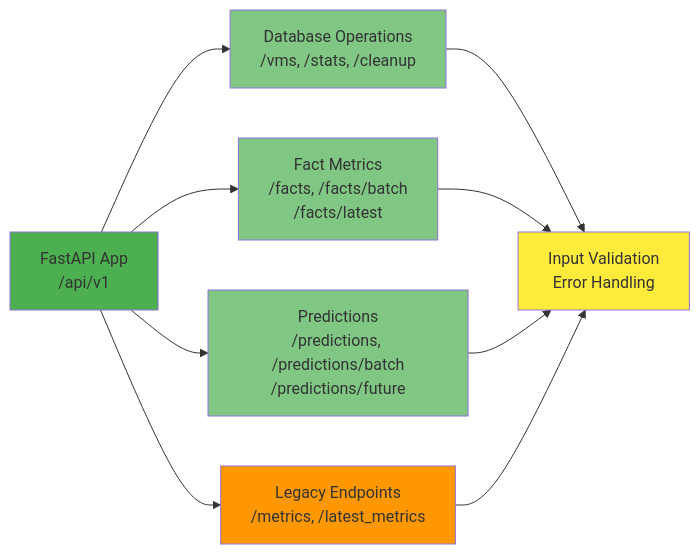
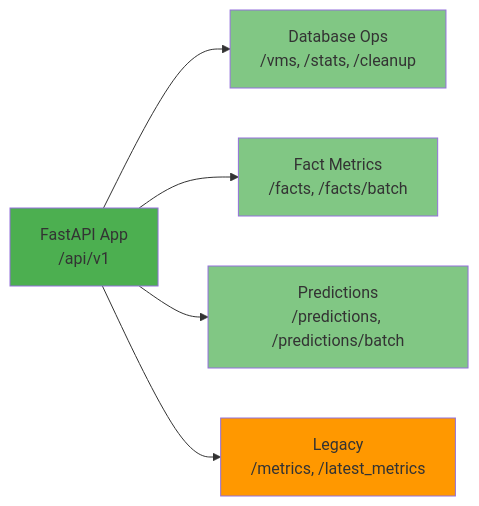
One commit to sweetd0vee/servers-dashboard changed diagram 13 of 13 in docs/ARCHITECTURE.md. Above: the diagram before and after it, drawn with Mermaid. The commit also changed other lines of this file and 1 other file, not shown here.

````diff
--- a/docs/ARCHITECTURE.md
+++ b/docs/ARCHITECTURE.md
@@ -803,19 +850,13 @@
 ```mermaid
 graph LR
-    API[FastAPI App<br/>/api/v1] --> Database[Database Operations<br/>/vms, /stats, /cleanup]
-    API --> Facts[Fact Metrics<br/>/facts, /facts/batch<br/>/facts/latest]
-    API --> Predictions[Predictions<br/>/predictions, /predictions/batch<br/>/predictions/future]
-    API --> Legacy[Legacy Endpoints<br/>/metrics, /latest_metrics]
-    
-    Database --> Validation[Input Validation<br/>Error Handling]
-    Facts --> Validation
-    Predictions --> Validation
-    Legacy --> Validation
+    API[FastAPI App<br/>/api/v1] --> DB_Ops[Database Ops<br/>/vms, /stats, /cleanup]
+    API --> Facts[Fact Metrics<br/>/facts, /facts/batch]
+    API --> Preds[Predictions<br/>/predictions, /predictions/batch]
+    API --> Legacy[Legacy<br/>/metrics, /latest_metrics]
     
     style API fill:#4caf50
-    style Database fill:#81c784
+    style DB_Ops fill:#81c784
     style Facts fill:#81c784
-    style Predictions fill:#81c784
+    style Preds fill:#81c784
     style Legacy fill:#ff9800
-    style Validation fill:#ffeb3b
 ```
````
